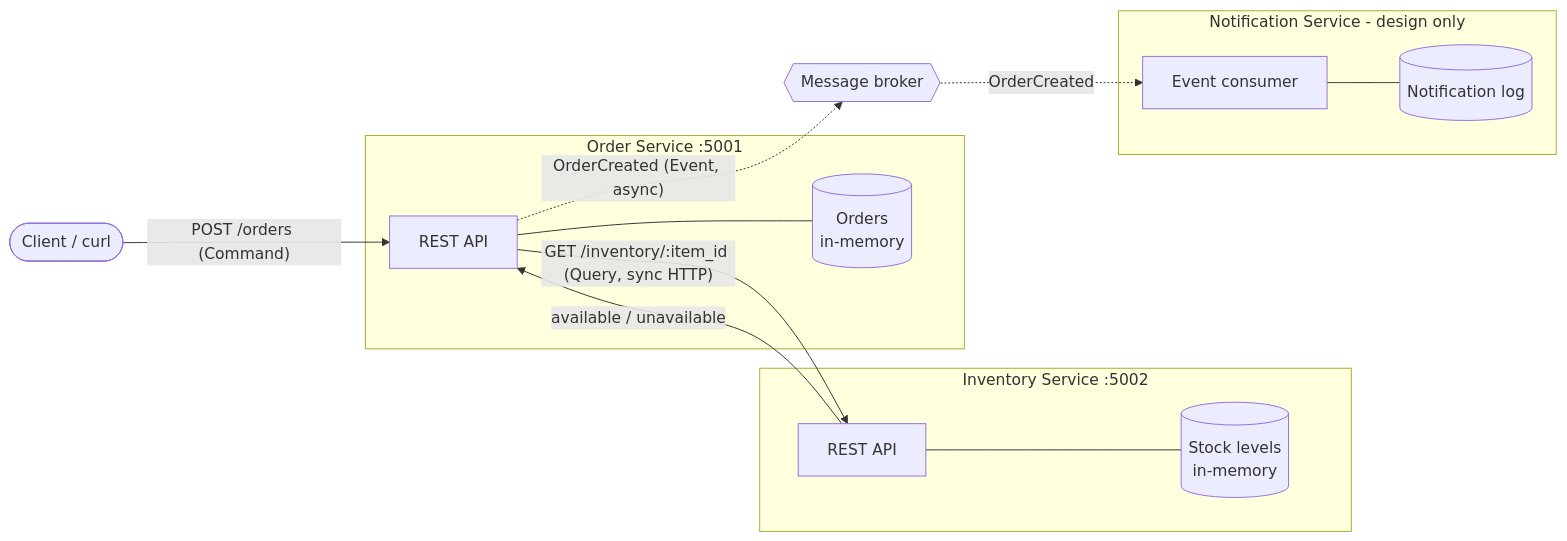
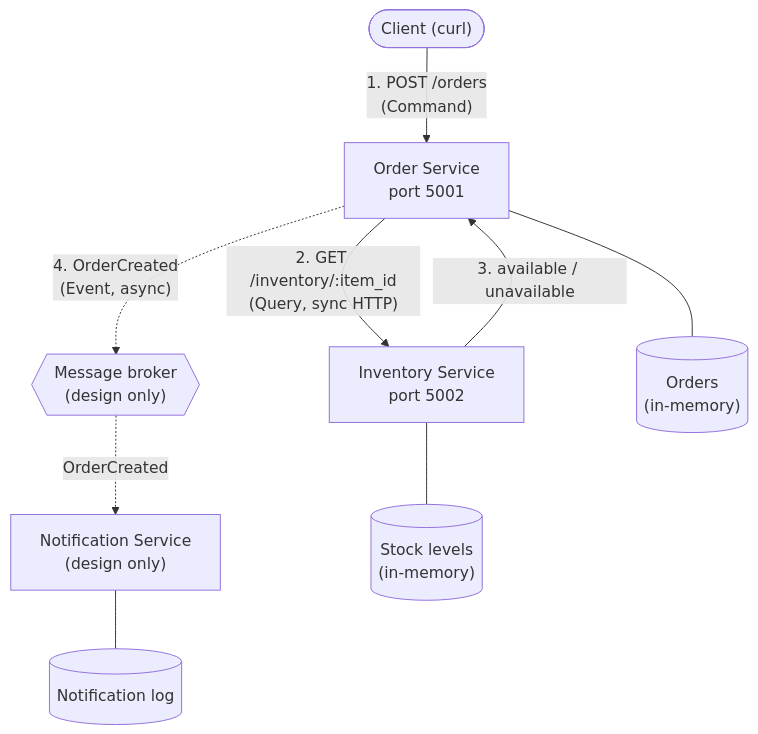
Before and after one commit to kmanoj03/mod4-lab: the diagram in README.md, drawn with Mermaid. The commit also changed other lines of this file, not shown here.

Commit message:
Update README with clear diagram, and better formatting

````diff
--- a/README.md
+++ b/README.md
@@ -37,30 +60,20 @@
 ```mermaid
-flowchart LR
-    Client([Client / curl])
+flowchart TB
+    Client(["Client (curl)"])
+    Order["Order Service<br/>port 5001"]
+    Inventory["Inventory Service<br/>port 5002"]
+    Broker{{"Message broker<br/>(design only)"}}
+    Notification["Notification Service<br/>(design only)"]
+    ODB[("Orders<br/>(in-memory)")]
+    IDB[("Stock levels<br/>(in-memory)")]
+    NDB[("Notification log")]
 
-    subgraph OS[Order Service :5001]
-        OAPI[REST API]
-        ODB[(Orders<br/>in-memory)]
-    end
-
-    subgraph IS[Inventory Service :5002]
-        IAPI[REST API]
-        IDB[(Stock levels<br/>in-memory)]
-    end
-
-    subgraph NS[Notification Service - design only]
-        NWORKER[Event consumer]
-        NDB[(Notification log)]
-    end
-
-    Bus{{Message broker}}
-
-    Client -- "POST /orders (Command)" --> OAPI
-    OAPI -- "GET /inventory/:item_id (Query, sync HTTP)" --> IAPI
-    IAPI -- "available / unavailable" --> OAPI
-    OAPI --- ODB
-    IAPI --- IDB
-    OAPI -. "OrderCreated (Event, async)" .-> Bus
-    Bus -. "OrderCreated" .-> NWORKER
-    NWORKER --- NDB
+    Client -->|"1. POST /orders<br/>(Command)"| Order
+    Order -->|"2. GET /inventory/:item_id<br/>(Query, sync HTTP)"| Inventory
+    Inventory -->|"3. available / unavailable"| Order
+    Order -.->|"4. OrderCreated<br/>(Event, async)"| Broker
+    Broker -.->|"OrderCreated"| Notification
+    Order --- ODB
+    Inventory --- IDB
+    Notification --- NDB
 ```
````
